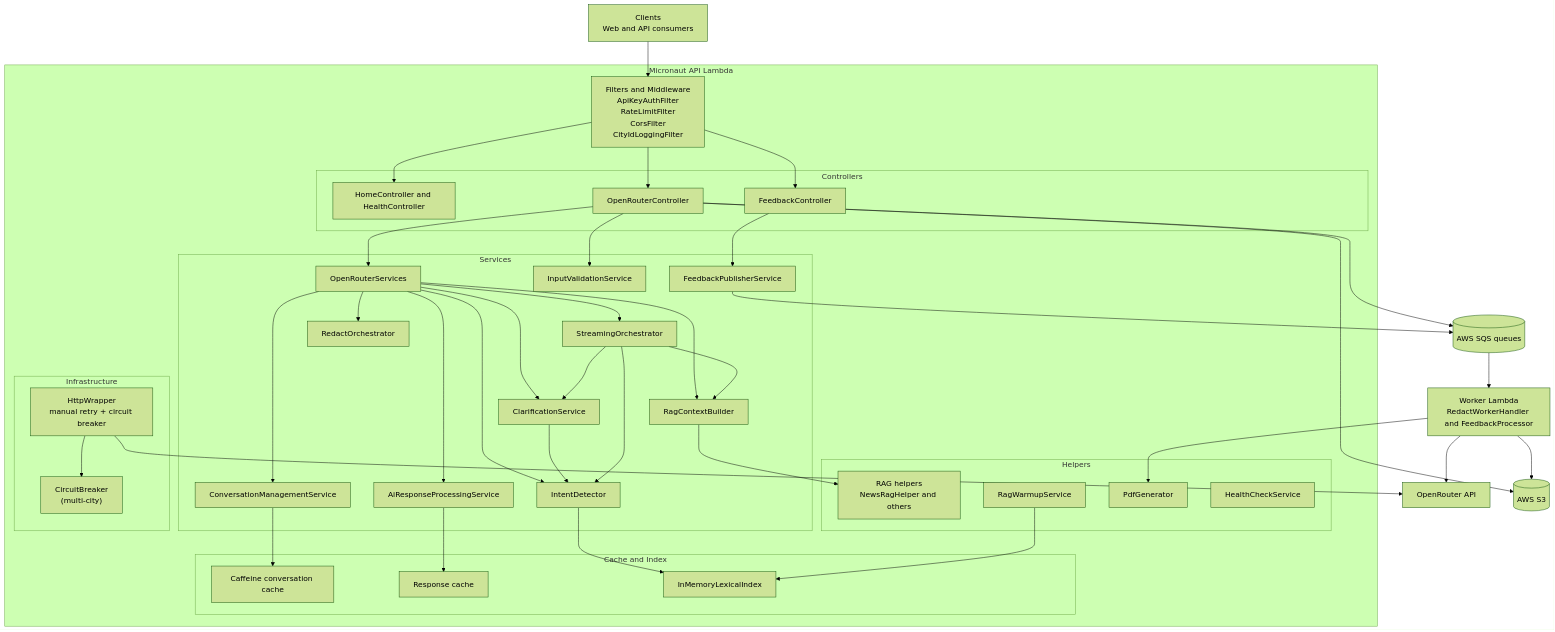
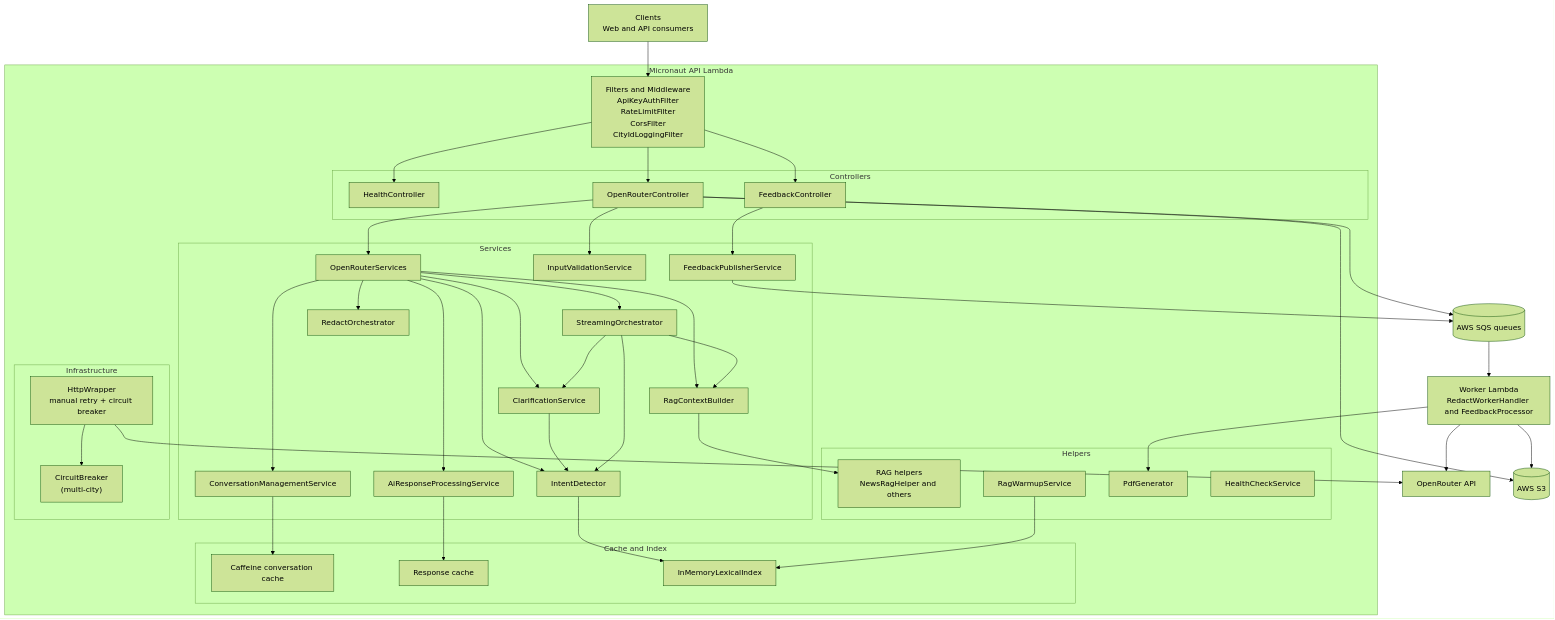
One commit to raultorres2603/ComplAI changed the first of 5 diagrams in README.md. Above: the diagram before and after it, drawn with Mermaid (forest theme). The commit also changed other lines of this file, not shown here.

```diff
--- a/README.md
+++ b/README.md
@@ -76,7 +75,7 @@
 		F[Filters and Middleware\nApiKeyAuthFilter\nRateLimitFilter\nCorsFilter\nCityIdLoggingFilter]
 
 		subgraph CTRL[Controllers]
-			HC[HomeController and HealthController]
+			HC[HealthController]
 			ORC[OpenRouterController]
 			FBC[FeedbackController]
 		end
```
